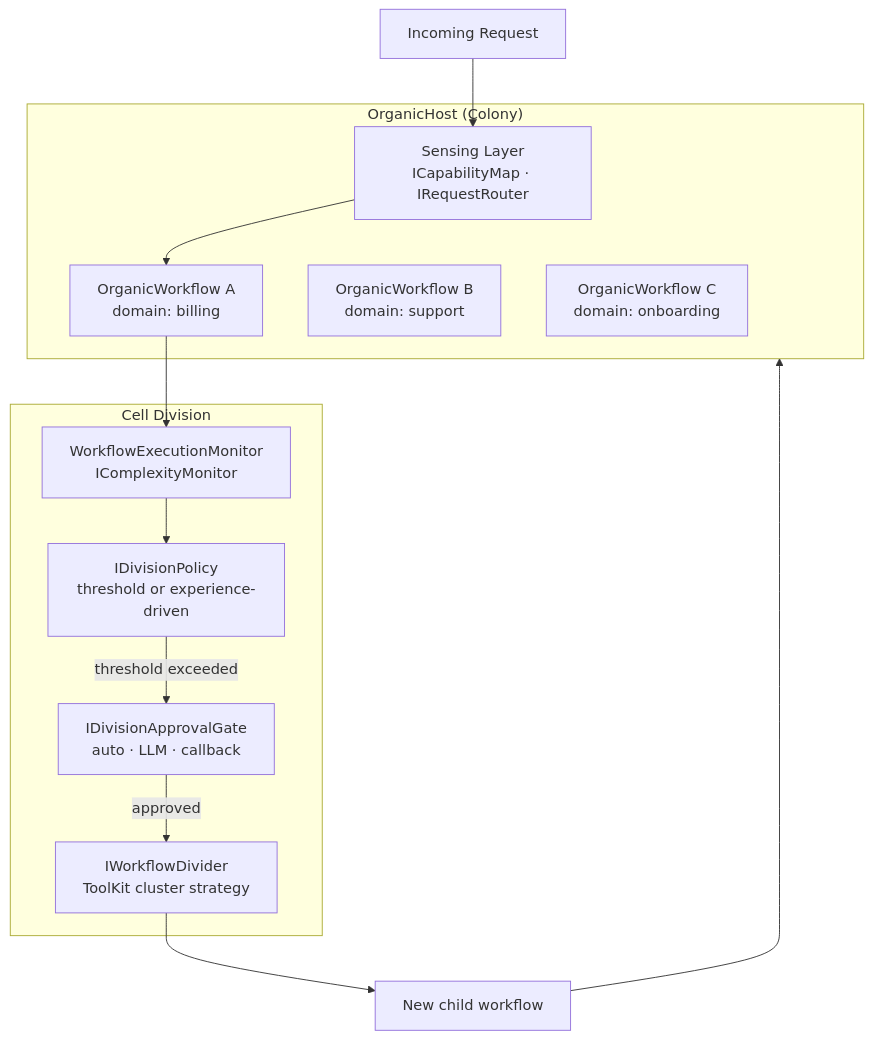
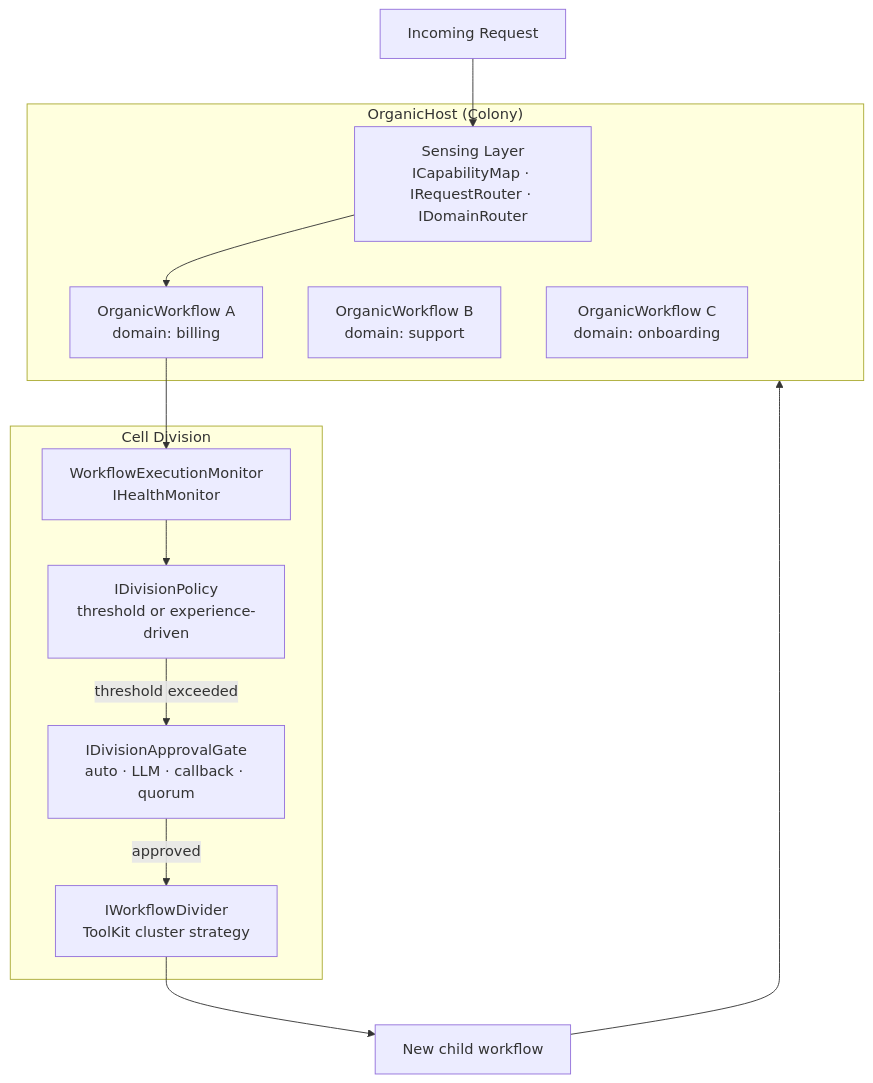
One commit to sevensamurai/Ananke changed the first of 2 diagrams in architecture/organics-federation.md. Above: the diagram before and after it, drawn with Mermaid. The commit also changed other lines of this file and 61 other files, not shown here.

````diff
--- a/architecture/organics-federation.md
+++ b/architecture/organics-federation.md
@@ -11,26 +11,26 @@
 ```mermaid
 flowchart TD
     subgraph Colony["OrganicHost (Colony)"]
-        SENSE[Sensing Layer<br/>ICapabilityMap · IRequestRouter]
+        SENSE[Sensing Layer<br/>ICapabilityMap · IRequestRouter · IDomainRouter]
         WF1[OrganicWorkflow A<br/>domain: billing]
         WF2[OrganicWorkflow B<br/>domain: support]
         WF3[OrganicWorkflow C<br/>domain: onboarding]
     end
 
     REQ[Incoming Request] --> SENSE
     SENSE --> WF1
 
     subgraph Division["Cell Division"]
-        MON[WorkflowExecutionMonitor<br/>IComplexityMonitor]
+        MON[WorkflowExecutionMonitor<br/>IHealthMonitor]
         POL[IDivisionPolicy<br/>threshold or experience-driven]
-        GATE[IDivisionApprovalGate<br/>auto · LLM · callback]
+        GATE[IDivisionApprovalGate<br/>auto · LLM · callback · quorum]
         DIV[IWorkflowDivider<br/>ToolKit cluster strategy]
     end
 
     WF1 --> MON
     MON --> POL
     POL -->|threshold exceeded| GATE
     GATE -->|approved| DIV
     DIV --> WF4[New child workflow]
     WF4 --> Colony
 ```
````
